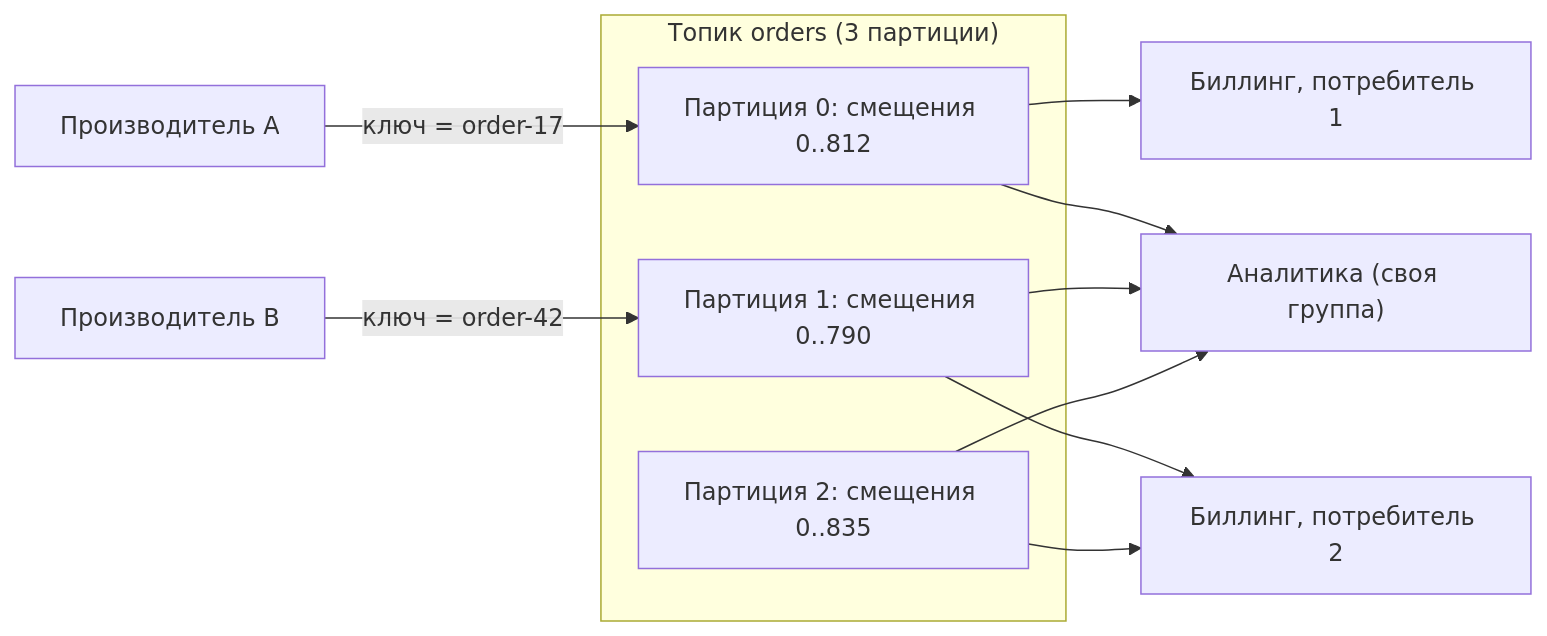
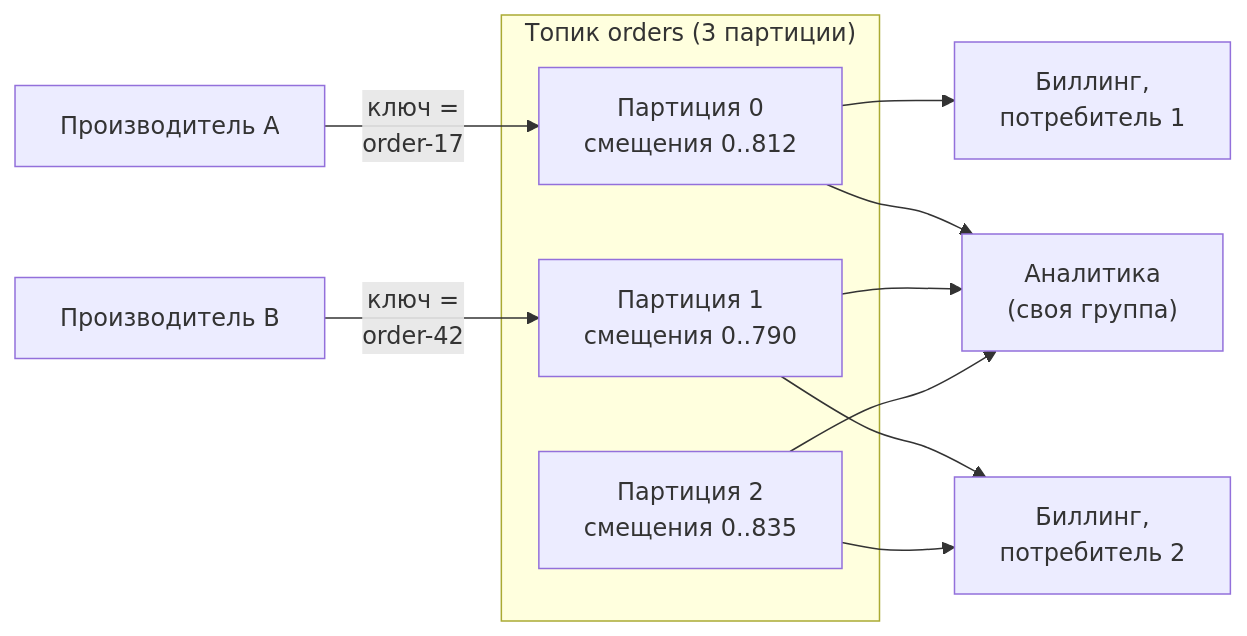
One commit to butyavk/system-design changed the first of 2 diagrams in src/content/docs/ru/async/event-streaming.mdx. Above: the diagram before and after it, drawn with Mermaid. The commit also changed other lines of this file and 144 other files, not shown here.

````diff
--- a/src/content/docs/ru/async/event-streaming.mdx
+++ b/src/content/docs/ru/async/event-streaming.mdx
@@ -26,13 +26,13 @@
 ```mermaid
 flowchart LR
-  p1["Производитель A"] -->|"ключ = order-17"| t0
-  p2["Производитель B"] -->|"ключ = order-42"| t1
+  p1["Производитель A"] -->|"ключ =<br/>order-17"| t0
+  p2["Производитель B"] -->|"ключ =<br/>order-42"| t1
   subgraph topic["Топик orders (3 партиции)"]
-    t0["Партиция 0: смещения 0..812"]
-    t1["Партиция 1: смещения 0..790"]
-    t2["Партиция 2: смещения 0..835"]
+    t0["Партиция 0<br/>смещения 0..812"]
+    t1["Партиция 1<br/>смещения 0..790"]
+    t2["Партиция 2<br/>смещения 0..835"]
   end
-  t0 --> c1["Биллинг, потребитель 1"]
-  t1 & t2 --> c2["Биллинг, потребитель 2"]
-  t0 & t1 & t2 --> a1["Аналитика (своя группа)"]
+  t0 --> c1["Биллинг,<br/>потребитель 1"]
+  t1 & t2 --> c2["Биллинг,<br/>потребитель 2"]
+  t0 & t1 & t2 --> a1["Аналитика<br/>(своя группа)"]
 ```
````
